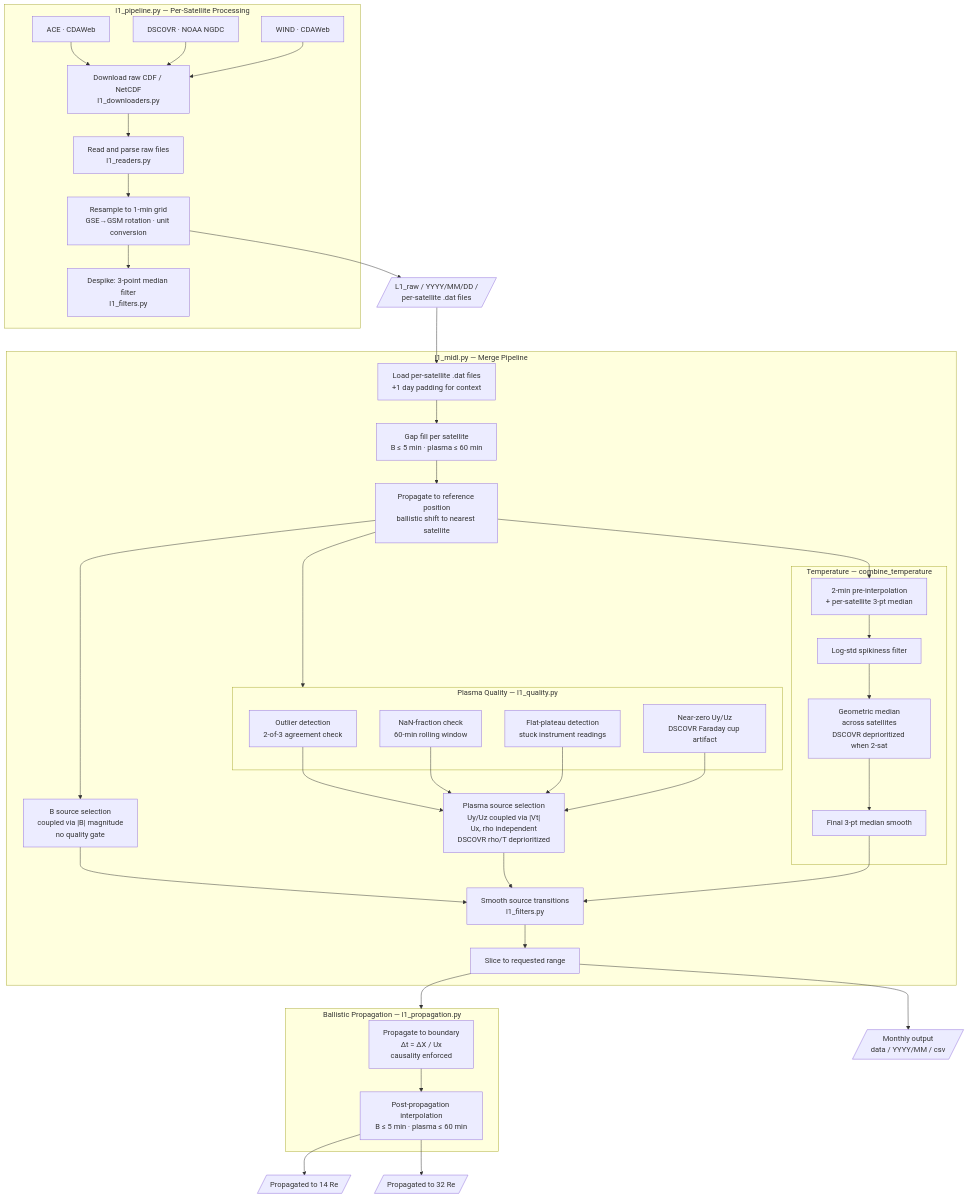
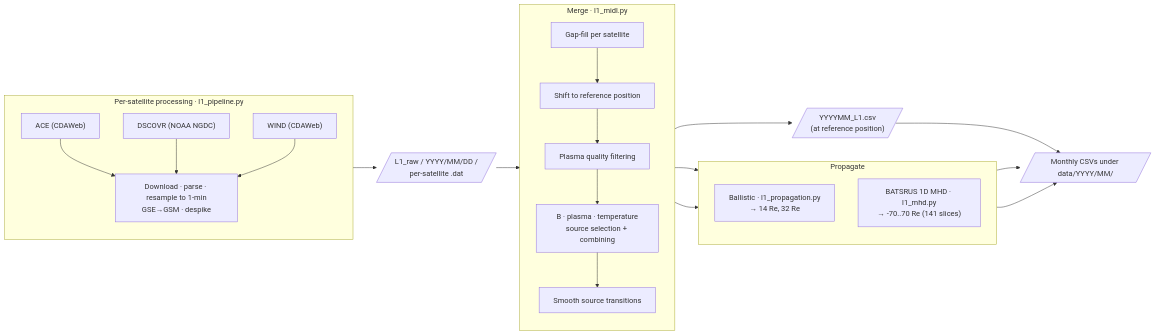
One commit to connordimarco/meldpy changed the diagram in README.md. Above: the diagram before and after it, drawn with Mermaid. The commit also changed other lines of this file and 3 other files, not shown here.

````diff
--- a/README.md
+++ b/README.md
@@ -9,72 +9,38 @@
 ```mermaid
-flowchart TD
-    subgraph PIPE["l1_pipeline.py — Per-Satellite Processing"]
-        ACE["ACE · CDAWeb"]
-        DSC["DSCOVR · NOAA NGDC"]
-        WND["WIND · CDAWeb"]
-        DL["Download raw CDF / NetCDF\nl1_downloaders.py"]
-        RD["Read and parse raw files\nl1_readers.py"]
-        RS["Resample to 1-min grid\nGSE→GSM rotation · unit conversion"]
-        DS1["Despike: 3-point median filter\nl1_filters.py"]
-        ACE & DSC & WND --> DL --> RD --> RS --> DS1
+flowchart LR
+    subgraph SAT["Per-satellite processing · l1_pipeline.py"]
+        direction TB
+        ACE["ACE (CDAWeb)"]
+        DSC["DSCOVR (NOAA NGDC)"]
+        WND["WIND (CDAWeb)"]
+        SP["Download · parse · resample to 1-min<br/>GSE→GSM · despike"]
+        ACE & DSC & WND --> SP
     end
 
-    L1R[/"L1_raw / YYYY/MM/DD /\nper-satellite .dat files"/]
+    L1R[/"L1_raw / YYYY/MM/DD /<br/>per-satellite .dat"/]
 
-    RS  --> L1R
-
-    subgraph COMB["l1_midl.py — Merge Pipeline"]
-        LD["Load per-satellite .dat files\n+1 day padding for context"]
-        GF["Gap fill per satellite\nB ≤ 5 min · plasma ≤ 60 min"]
-        PR["Propagate to reference position\nballistic shift to nearest satellite"]
-
-        subgraph QC["Plasma Quality — l1_quality.py"]
-            Q1["Outlier detection\n2-of-3 agreement check"]
-            Q3["NaN-fraction check\n60-min rolling window"]
-            Q4["Flat-plateau detection\nstuck instrument readings"]
-            Q5["Near-zero Uy/Uz\nDSCOVR Faraday cup artifact"]
-        end
-
-        BSS["B source selection\ncoupled via |B| magnitude\nno quality gate"]
-        PSS["Plasma source selection\nUy/Uz coupled via |Vt|\nUx, rho independent\nDSCOVR rho/T deprioritized"]
-
-        subgraph TC["Temperature — combine_temperature"]
-            T1["2-min pre-interpolation\n+ per-satellite 3-pt median"]
-            T2["Log-std spikiness filter"]
-            T3["Geometric median\nacross satellites\nDSCOVR deprioritized when 2-sat"]
-            T4["Final 3-pt median smooth"]
-            T1 --> T2 --> T3 --> T4
-        end
-
-        ST["Smooth source transitions\nl1_filters.py"]
-        SL["Slice to requested range"]
-
-        LD  --> GF
-        GF  --> PR
-        PR  --> QC
-        PR  --> BSS
-        PR  --> T1
-        Q1 & Q3 & Q4 & Q5 --> PSS
-        BSS --> ST
-        PSS --> ST
-        T4  --> ST
-        ST  --> SL
+    subgraph MERGE["Merge · l1_midl.py"]
+        direction TB
+        GF["Gap-fill per satellite"]
+        PR["Shift to reference position"]
+        QC["Plasma quality filtering"]
+        SRC["B · plasma · temperature<br/>source selection + combining"]
+        ST["Smooth source transitions"]
+        GF --> PR --> QC --> SRC --> ST
     end
 
-    OUT[/"Monthly output\ndata / YYYY/MM / csv"/]
+    L1CSV[/"YYYYMM_L1.csv<br/>(at reference position)"/]
 
-    subgraph PROP["Ballistic Propagation — l1_propagation.py"]
-        BP["Propagate to boundary\nΔt = ΔX / Ux\ncausality enforced"]
-        IP["Post-propagation interpolation\nB ≤ 5 min · plasma ≤ 60 min"]
-        BP --> IP
+    subgraph PROP["Propagate"]
+        direction TB
+        BAL["Ballistic · l1_propagation.py<br/>→ 14 Re, 32 Re"]
+        MHD["BATSRUS 1D MHD · l1_mhd.py<br/>→ -70..70 Re (141 slices)"]
     end
 
-    IMF14[/"Propagated to 14 Re"/]
-    IMF32[/"Propagated to 32 Re"/]
+    OUT[/"Monthly CSVs under data/YYYY/MM/"/]
 
-    L1R --> LD
-    SL  --> OUT
-    SL  --> PROP
-    IP  --> IMF14
-    IP  --> IMF32
+    SP --> L1R --> GF
+    ST --> L1CSV --> OUT
+    ST --> BAL --> OUT
+    ST --> MHD --> OUT
 ```
````
